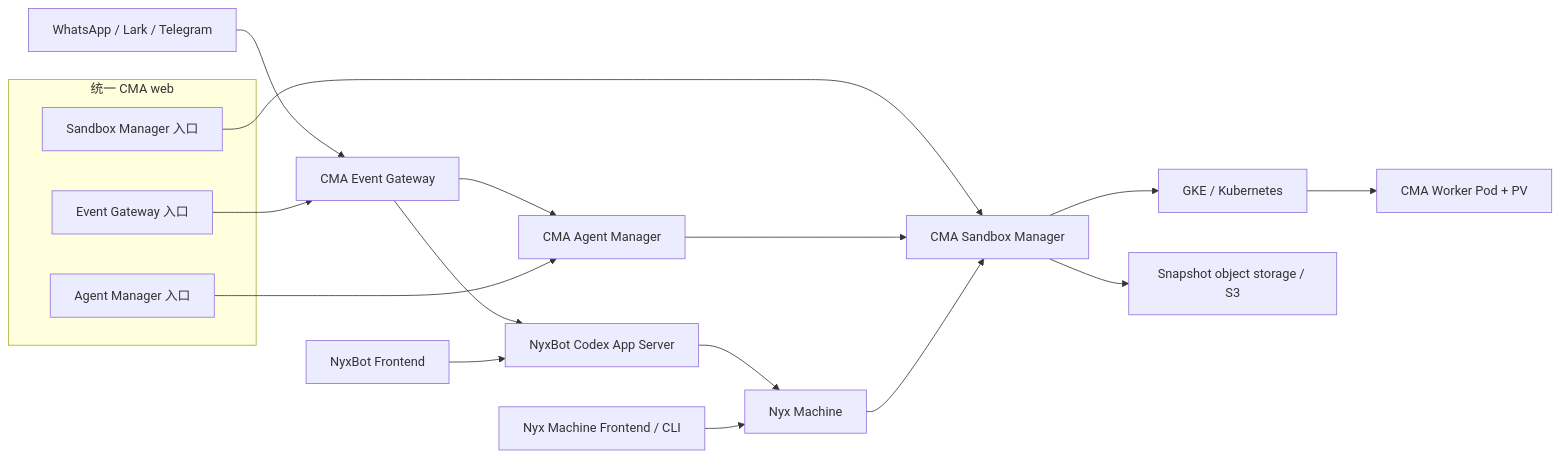
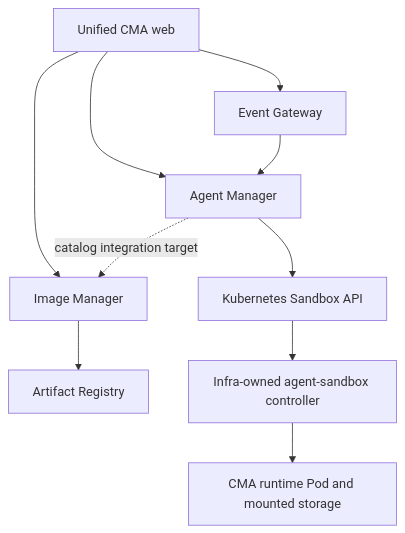
Before and after one commit to ChronoAIProject/cma: the diagram in docs/CMA_Service_Split.md, drawn with Mermaid. The commit also changed other lines of this file and 23 other files, not shown here.

````diff
--- a/docs/CMA_Service_Split.md
+++ b/docs/CMA_Service_Split.md
@@ -45,22 +25,12 @@
 ```mermaid
-flowchart LR
-    Channels[WhatsApp / Lark / Telegram] --> EG[CMA Event Gateway]
-    EG --> Bot[NyxBot Codex App Server]
-    EG --> AM[CMA Agent Manager]
-    BotUI[NyxBot Frontend] --> Bot
-    Bot --> NM[Nyx Machine]
-    NMUI[Nyx Machine Frontend / CLI] --> NM
-    subgraph Web[统一 CMA web]
-        EGView[Event Gateway 入口]
-        AgentUI[Agent Manager 入口]
-        SMView[Sandbox Manager 入口]
-    end
-    EGView --> EG
-    AgentUI --> AM
-    SMView --> SM
-    AM --> SM[CMA Sandbox Manager]
-    NM --> SM
-    SM --> K8S[GKE / Kubernetes]
-    SM --> Objects[Snapshot object storage / S3]
-    K8S --> Worker[CMA Worker Pod + PV]
+flowchart TD
+    Web[Unified CMA web] --> EG[Event Gateway]
+    Web --> AM[Agent Manager]
+    Web --> IM[Image Manager]
+    EG --> AM
+    AM -. catalog integration target .-> IM
+    IM --> Registry[Artifact Registry]
+    AM --> API[Kubernetes Sandbox API]
+    API --> Controller[Infra-owned agent-sandbox controller]
+    Controller --> Runtime[CMA runtime Pod and mounted storage]
 ```
````
